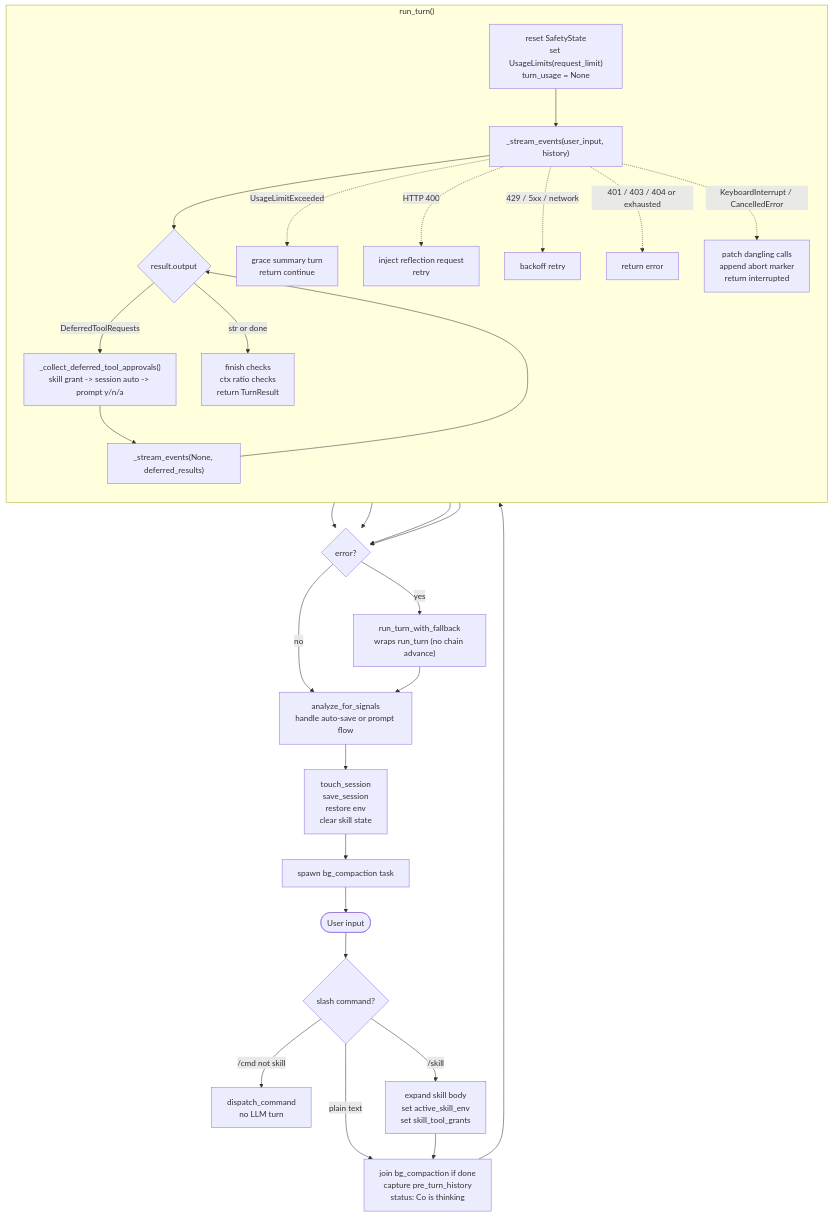
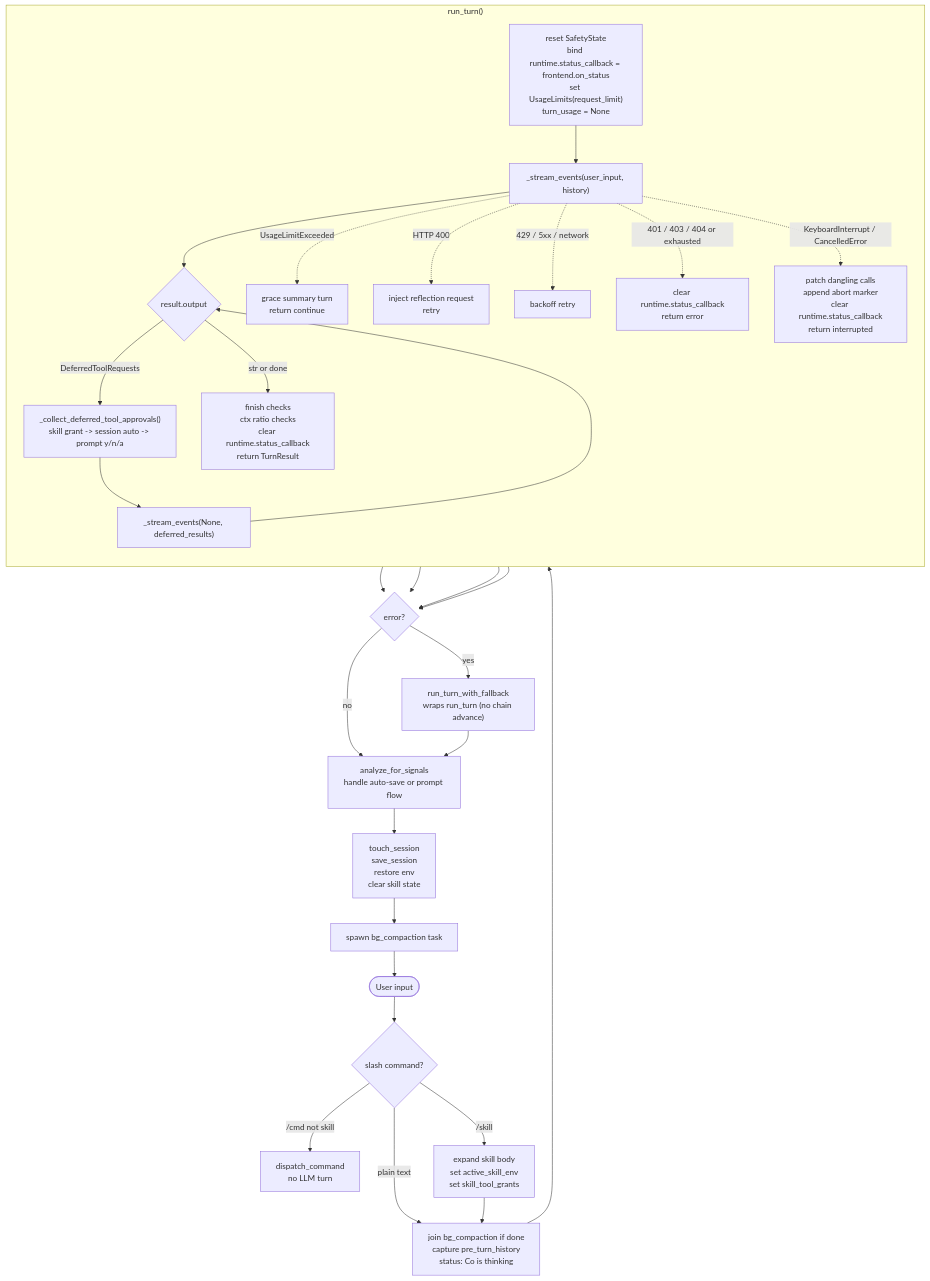
One commit to binlecode/co-cli changed the second of 3 diagrams in docs/DESIGN-core-loop.md. Above: the diagram before and after it, drawn with Mermaid. The commit also changed other lines of this file and 23 other files, not shown here.

````diff
--- a/docs/DESIGN-core-loop.md
+++ b/docs/DESIGN-core-loop.md
@@ -83,41 +83,41 @@
 ```mermaid
 flowchart TD
     A([User input]) --> CMD
 
     CMD{slash command?}
     CMD -- "/cmd not skill" --> SKIP["dispatch_command\nno LLM turn"]
     CMD -- "/skill" --> SKILL["expand skill body\nset active_skill_env\nset skill_tool_grants"]
     CMD -- plain text --> PRE
     SKILL --> PRE
 
     PRE["join bg_compaction if done\ncapture pre_turn_history\nstatus: Co is thinking"] --> RUN
 
     subgraph RUN ["run_turn()"]
         direction TB
-        R1["reset SafetyState\nset UsageLimits(request_limit)\nturn_usage = None"] --> STRM
+        R1["reset SafetyState\nbind runtime.status_callback = frontend.on_status\nset UsageLimits(request_limit)\nturn_usage = None"] --> STRM
         STRM["_stream_events(user_input, history)"] --> CHK
         CHK{result.output}
         CHK -- DeferredToolRequests --> AP
         AP["_collect_deferred_tool_approvals()\nskill grant -> session auto -> prompt y/n/a"] --> RESUME
         RESUME["_stream_events(None, deferred_results)"] --> CHK
-        CHK -- str or done --> DONE["finish checks\nctx ratio checks\nreturn TurnResult"]
+        CHK -- str or done --> DONE["finish checks\nctx ratio checks\nclear runtime.status_callback\nreturn TurnResult"]
         STRM -.->|UsageLimitExceeded| GR["grace summary turn\nreturn continue"]
         STRM -.->|"HTTP 400"| REF["inject reflection request\nretry"]
         STRM -.->|"429 / 5xx / network"| BAK["backoff retry"]
-        STRM -.->|"401 / 403 / 404 or exhausted"| ERR["return error"]
-        STRM -.->|KeyboardInterrupt / CancelledError| INT["patch dangling calls\nappend abort marker\nreturn interrupted"]
+        STRM -.->|"401 / 403 / 404 or exhausted"| ERR["clear runtime.status_callback\nreturn error"]
+        STRM -.->|KeyboardInterrupt / CancelledError| INT["patch dangling calls\nappend abort marker\nclear runtime.status_callback\nreturn interrupted"]
     end
 
     DONE --> POST
     GR --> POST
     ERR --> POST
     INT --> POST
 
     POST{error?} -- yes --> CHAIN["run_turn_with_fallback\nwraps run_turn (no chain advance)"]
     POST -- no --> SIG
     CHAIN --> SIG
 
     SIG["analyze_for_signals\nhandle auto-save or prompt flow"] --> SAVE
     SAVE["touch_session\nsave_session\nrestore env\nclear skill state"] --> BG
     BG["spawn bg_compaction task"] --> A
 ```
````
